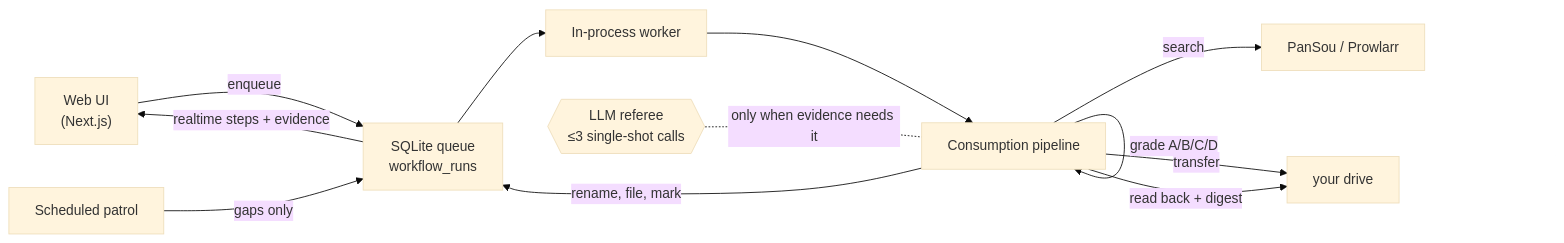
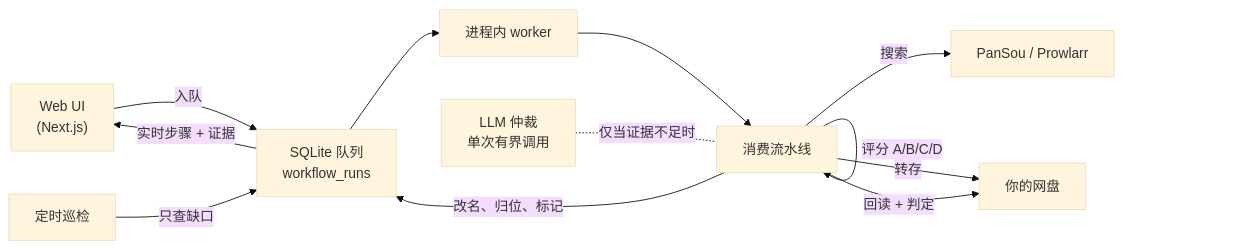
One commit to CodeByZack/media-robot changed the diagram in README.md. Above: the diagram before and after it, drawn with Mermaid (base theme). The commit also changed other lines of this file and 9 other files, not shown here.

First line of the commit message:
docs: README 重写为纯中文，并按当前实际功能重做全部配图

````diff
--- a/README.md
+++ b/README.md
@@ -104,14 +138,14 @@
 ```mermaid
 flowchart LR
-    UI["Web UI<br/>(Next.js)"] -->|enqueue| Q["SQLite queue<br/>workflow_runs"]
-    Q --> W["In-process worker"]
-    W --> P["Consumption pipeline"]
-    P -->|search| SRC["PanSou / Prowlarr"]
-    P -->|grade A/B/C/D| P
-    P -->|transfer| DR["your drive"]
-    P -->|read back + digest| DR
-    P -->|rename, file, mark| Q
-    AI{{"LLM referee<br/>≤3 single-shot calls"}} -.only when evidence needs it.- P
-    Q -->|realtime steps + evidence| UI
-    CRON["Scheduled patrol"] -->|gaps only| Q
+    UI["Web UI<br/>(Next.js)"] -->|入队| Q["SQLite 队列<br/>workflow_runs"]
+    Q --> W["进程内 worker"]
+    W --> P["消费流水线"]
+    P -->|搜索| SRC["PanSou / Prowlarr"]
+    P -->|评分 A/B/C/D| P
+    P -->|转存| DR["你的网盘"]
+    P -->|回读 + 判定| DR
+    P -->|改名、归位、标记| Q
+    AI["LLM 仲裁<br/>单次有界调用"] -.仅当证据不足时.- P
+    Q -->|实时步骤 + 证据| UI
+    CRON["定时巡检"] -->|只查缺口| Q
 ```
````
